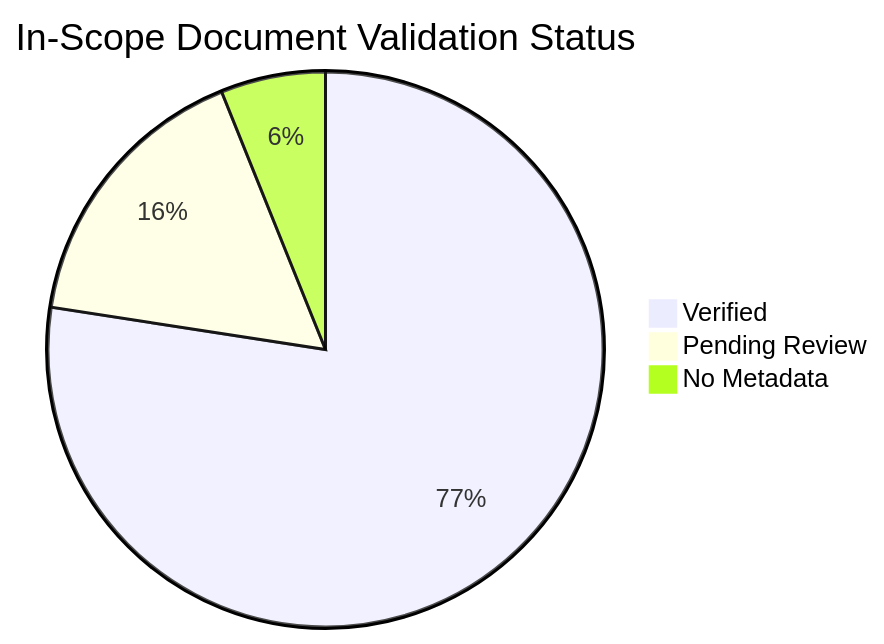
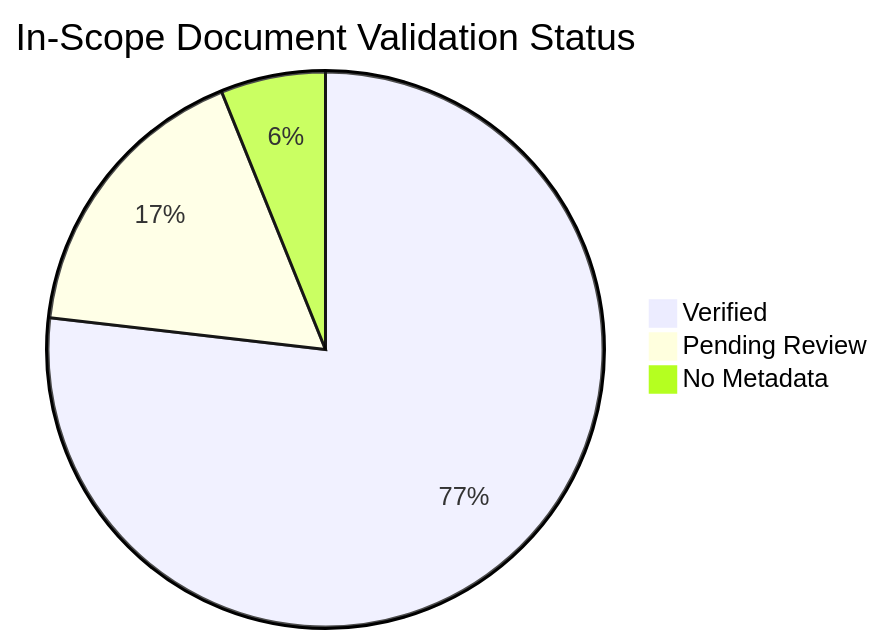
One commit to yeongseon/azure-container-apps-practical-guide changed the diagram in docs/reference/content-validation-status.md. Above: the diagram before and after it, drawn with Mermaid. The commit also changed other lines of this file and 1 other file, not shown here.

Commit message:
docs: revert session-affinity-failure verification (unsourced affinity: none claim)

````diff
--- a/docs/reference/content-validation-status.md
+++ b/docs/reference/content-validation-status.md
@@ -25,6 +25,6 @@
 ```mermaid
 pie title In-Scope Document Validation Status
-    "Verified" : 127
-    "Pending Review" : 27
+    "Verified" : 126
+    "Pending Review" : 28
     "No Metadata" : 10
 ```
````
